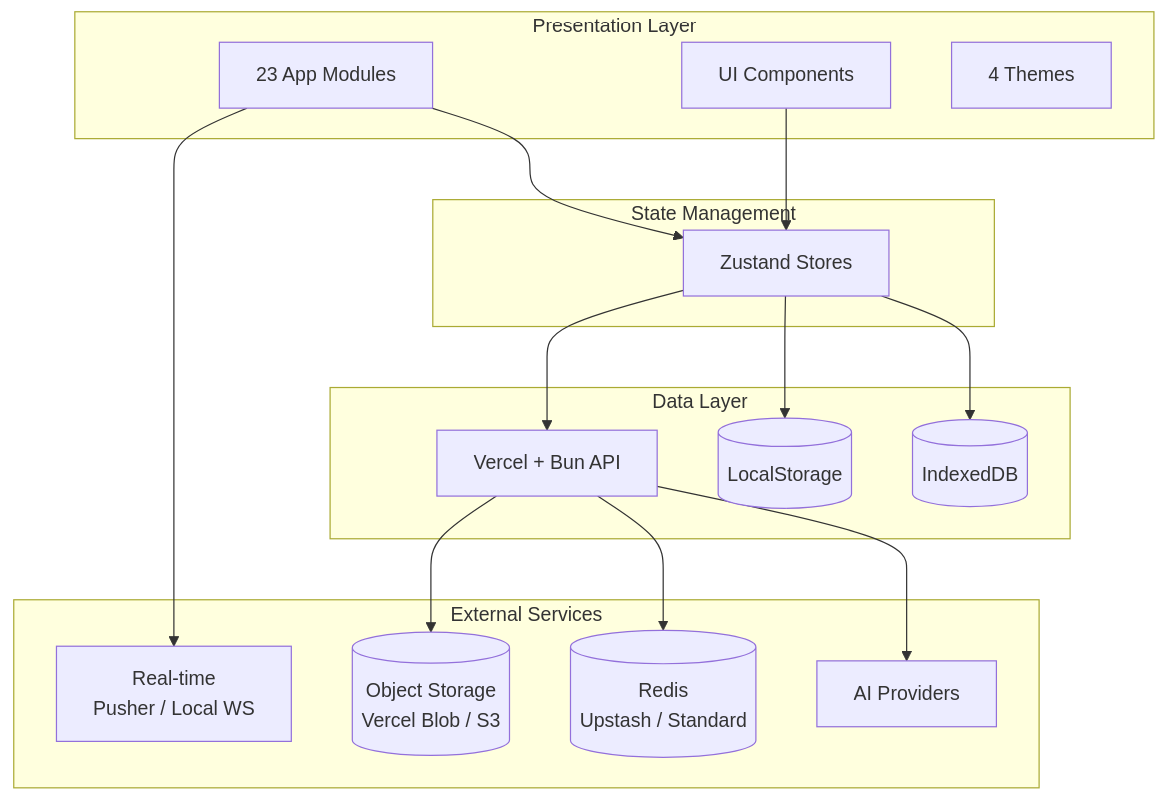
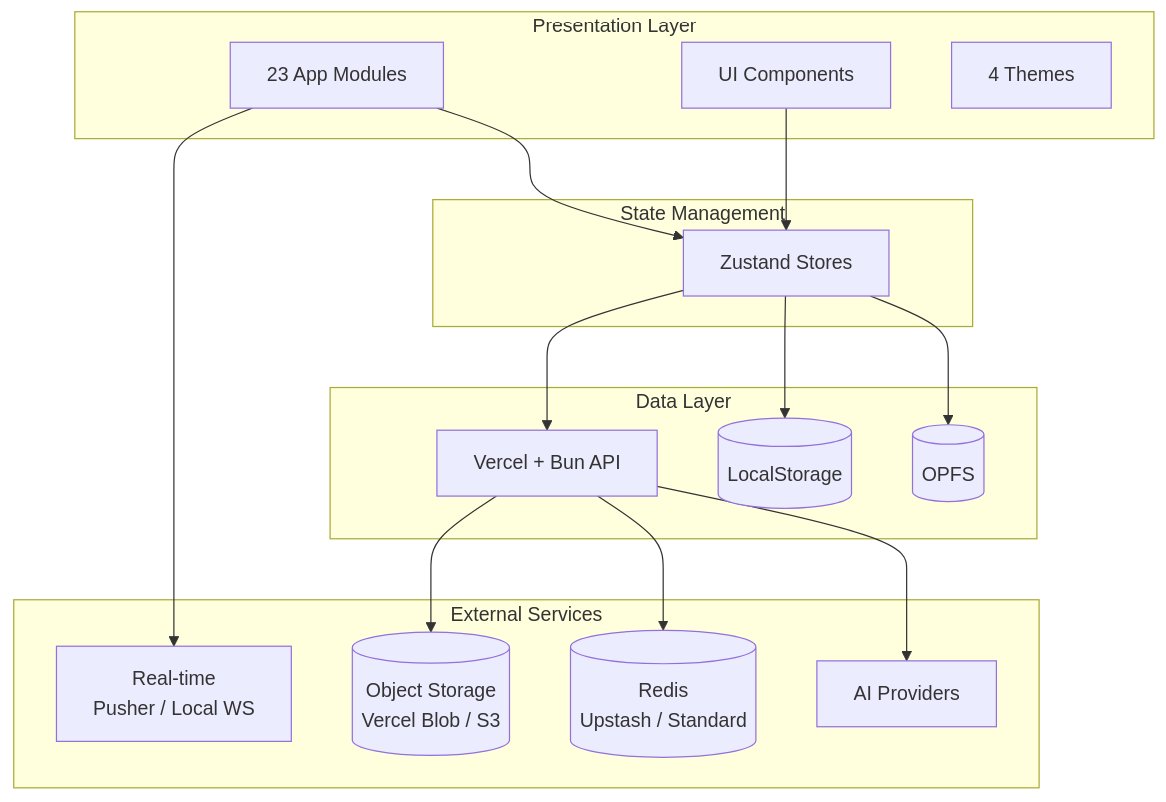
The diagram in docs/1-overview.md (ryokun6/ryos), drawn with Mermaid before and after one commit. The commit also changed other lines of this file and 18 other files, not shown here.

````diff
--- a/docs/1-overview.md
+++ b/docs/1-overview.md
@@ -7,35 +7,35 @@
 ```mermaid
 graph TB
     subgraph Presentation["Presentation Layer"]
         Apps[23 App Modules]
         UI[UI Components]
         Themes[4 Themes]
     end
     
     subgraph State["State Management"]
         Zustand[Zustand Stores]
     end
     
     subgraph Data["Data Layer"]
-        IndexedDB[(IndexedDB)]
+        OPFS[(OPFS)]
         LocalStorage[(LocalStorage)]
         API[Vercel + Bun API]
     end
     
     subgraph External["External Services"]
         AI[AI Providers]
         Pusher[Real-time<br/>Pusher / Local WS]
         Redis[(Redis<br/>Upstash / Standard)]
         ObjectStorage[(Object Storage<br/>Vercel Blob / S3)]
     end
     
     Apps --> Zustand
     UI --> Zustand
-    Zustand --> IndexedDB
+    Zustand --> OPFS
     Zustand --> LocalStorage
     Zustand --> API
     API --> AI
     API --> Redis
     API --> ObjectStorage
     Apps --> Pusher
 ```
````
